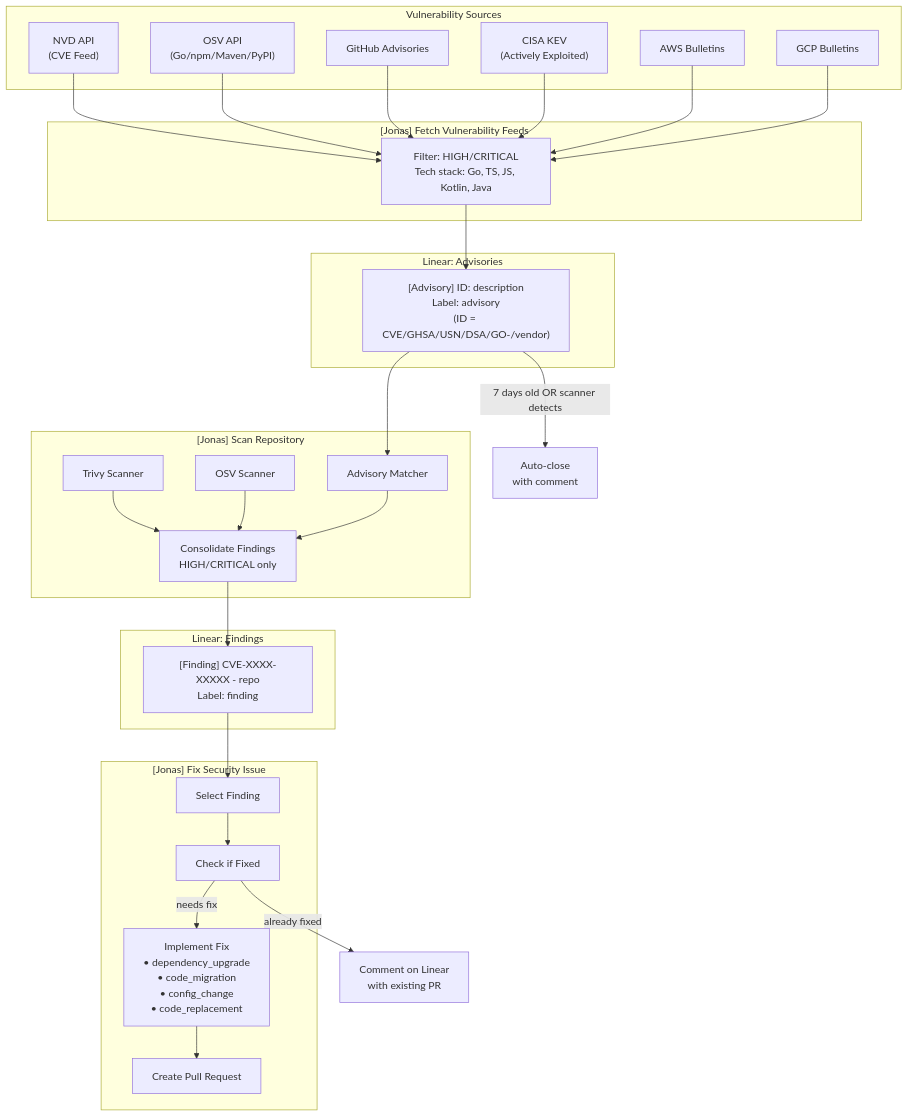
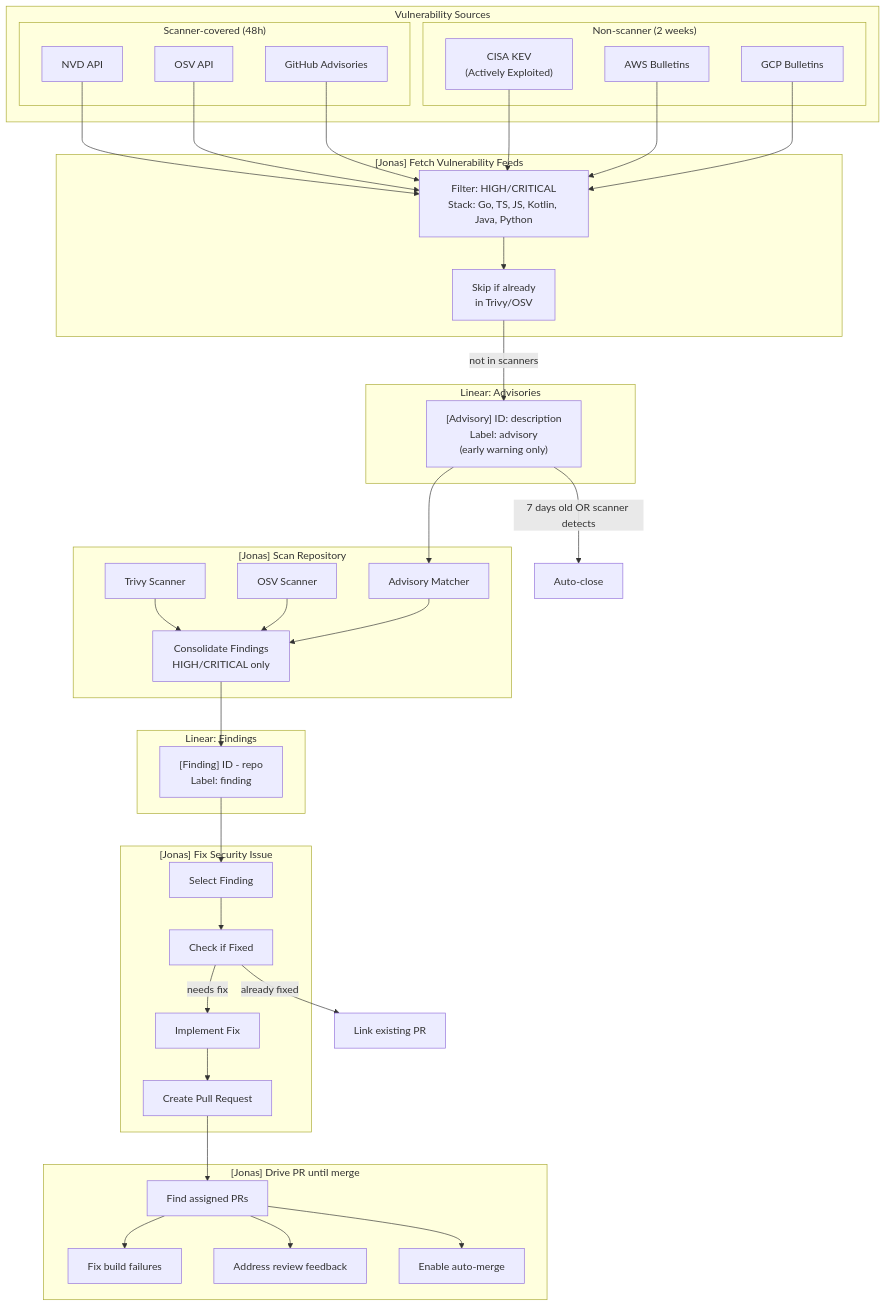
The diagram in README.md (gitpod-io/ai-security-engineer), drawn with Mermaid before and after one commit. The commit also changed other lines of this file, not shown here.

````diff
--- a/README.md
+++ b/README.md
@@ -7,58 +7,76 @@
 ```mermaid
 flowchart TD
     subgraph sources["Vulnerability Sources"]
-        NVD["NVD API<br/>(CVE Feed)"]
-        OSV_API["OSV API<br/>(Go/npm/Maven/PyPI)"]
-        GH["GitHub Advisories"]
-        CISA["CISA KEV<br/>(Actively Exploited)"]
-        AWS["AWS Bulletins"]
-        GCP["GCP Bulletins"]
+        subgraph scanner_sources["Scanner-covered (48h)"]
+            NVD["NVD API"]
+            OSV_API["OSV API"]
+            GH["GitHub Advisories"]
+        end
+        subgraph non_scanner["Non-scanner (2 weeks)"]
+            CISA["CISA KEV<br/>(Actively Exploited)"]
+            AWS["AWS Bulletins"]
+            GCP["GCP Bulletins"]
+        end
     end
 
     subgraph feed["[Jonas] Fetch Vulnerability Feeds"]
-        FETCH["Filter: HIGH/CRITICAL<br/>Tech stack: Go, TS, JS, Kotlin, Java"]
+        FILTER["Filter: HIGH/CRITICAL<br/>Stack: Go, TS, JS, Kotlin, Java, Python"]
+        SCANNER_CHECK["Skip if already<br/>in Trivy/OSV"]
+        FILTER --> SCANNER_CHECK
     end
 
     subgraph linear_adv["Linear: Advisories"]
-        ADV["[Advisory] ID: description<br/>Label: advisory<br/>(ID = CVE/GHSA/USN/DSA/GO-/vendor)"]
+        ADV["[Advisory] ID: description<br/>Label: advisory<br/>(early warning only)"]
     end
 
     subgraph scan["[Jonas] Scan Repository"]
         TRIVY["Trivy Scanner"]
         OSV_SCAN["OSV Scanner"]
         ADV_CHECK["Advisory Matcher"]
         CONSOLIDATE["Consolidate Findings<br/>HIGH/CRITICAL only"]
     end
 
     subgraph linear_find["Linear: Findings"]
-        FIND["[Finding] CVE-XXXX-XXXXX - repo<br/>Label: finding"]
+        FIND["[Finding] ID - repo<br/>Label: finding"]
     end
 
     subgraph fix["[Jonas] Fix Security Issue"]
         SELECT["Select Finding"]
         CHECK["Check if Fixed"]
-        IMPLEMENT["Implement Fix<br/>• dependency_upgrade<br/>• code_migration<br/>• config_change<br/>• code_replacement"]
+        IMPLEMENT["Implement Fix"]
         PR["Create Pull Request"]
     end
 
-    NVD --> FETCH
-    OSV_API --> FETCH
-    GH --> FETCH
-    CISA --> FETCH
-    AWS --> FETCH
-    GCP --> FETCH
-    FETCH --> ADV
-    ADV -->|7 days old OR scanner detects| CLOSE["Auto-close<br/>with comment"]
+    subgraph drive["[Jonas] Drive PR until merge"]
+        PR_CHECK["Find assigned PRs"]
+        BUILD["Fix build failures"]
+        FEEDBACK["Address review feedback"]
+        MERGE["Enable auto-merge"]
+    end
+
+    NVD --> FILTER
+    OSV_API --> FILTER
+    GH --> FILTER
+    CISA --> FILTER
+    AWS --> FILTER
+    GCP --> FILTER
+    SCANNER_CHECK -->|not in scanners| ADV
+    ADV -->|7 days old OR scanner detects| CLOSE["Auto-close"]
 
     TRIVY --> CONSOLIDATE
     OSV_SCAN --> CONSOLIDATE
     ADV --> ADV_CHECK
     ADV_CHECK --> CONSOLIDATE
     CONSOLIDATE --> FIND
 
     FIND --> SELECT
     SELECT --> CHECK
     CHECK -->|needs fix| IMPLEMENT
     IMPLEMENT --> PR
-    CHECK -->|already fixed| COMMENT["Comment on Linear<br/>with existing PR"]
+    CHECK -->|already fixed| COMMENT["Link existing PR"]
+
+    PR --> PR_CHECK
+    PR_CHECK --> BUILD
+    PR_CHECK --> FEEDBACK
+    PR_CHECK --> MERGE
 ```
````
